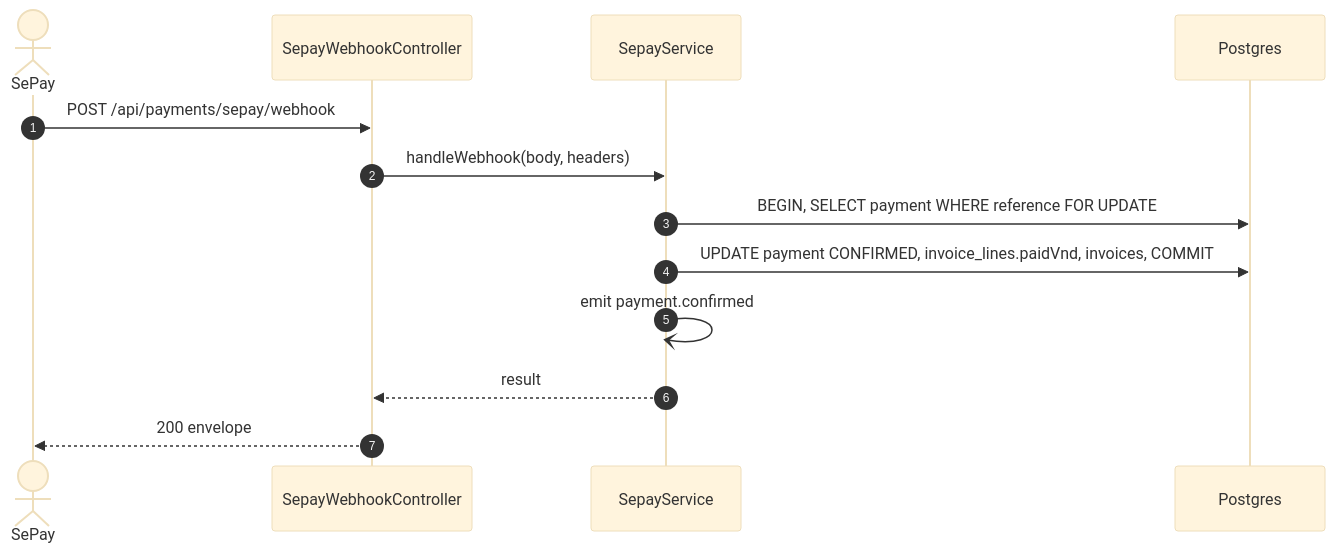
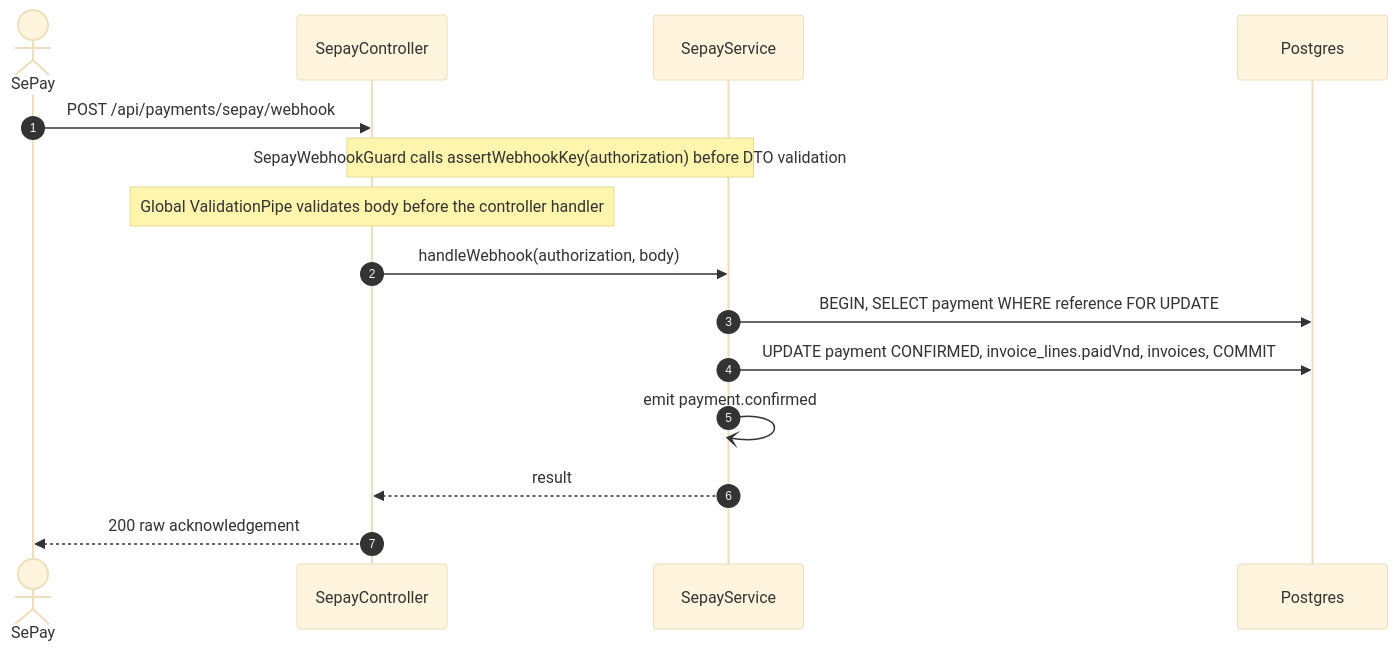
Before and after one commit to TrekLink-Team/treklink-web: the second of 2 diagrams in specs/billing/api-design/12-post-payments-sepay-webhook.md, drawn with Mermaid (base theme). The commit also changed other lines of this file and 16 other files, not shown here.

````diff
--- a/specs/billing/api-design/12-post-payments-sepay-webhook.md
+++ b/specs/billing/api-design/12-post-payments-sepay-webhook.md
@@ -192,15 +136,17 @@
 ```mermaid
 sequenceDiagram
     autonumber
     actor C as SePay
-    participant Ctl as SepayWebhookController
+    participant Ctl as SepayController
     participant Svc as SepayService
     participant DB as Postgres
     C->>Ctl: POST /api/payments/sepay/webhook
-    Ctl->>Svc: handleWebhook(body, headers)
+    Note over Ctl,Svc: SepayWebhookGuard calls assertWebhookKey(authorization) before DTO validation
+    Note over Ctl: Global ValidationPipe validates body before the controller handler
+    Ctl->>Svc: handleWebhook(authorization, body)
     Svc->>DB: BEGIN, SELECT payment WHERE reference FOR UPDATE
     Svc->>DB: UPDATE payment CONFIRMED, invoice_lines.paidVnd, invoices, COMMIT
     Svc-)Svc: emit payment.confirmed
     Svc-->>Ctl: result
-    Ctl-->>C: 200 envelope
+    Ctl-->>C: 200 raw acknowledgement
 ```
````
